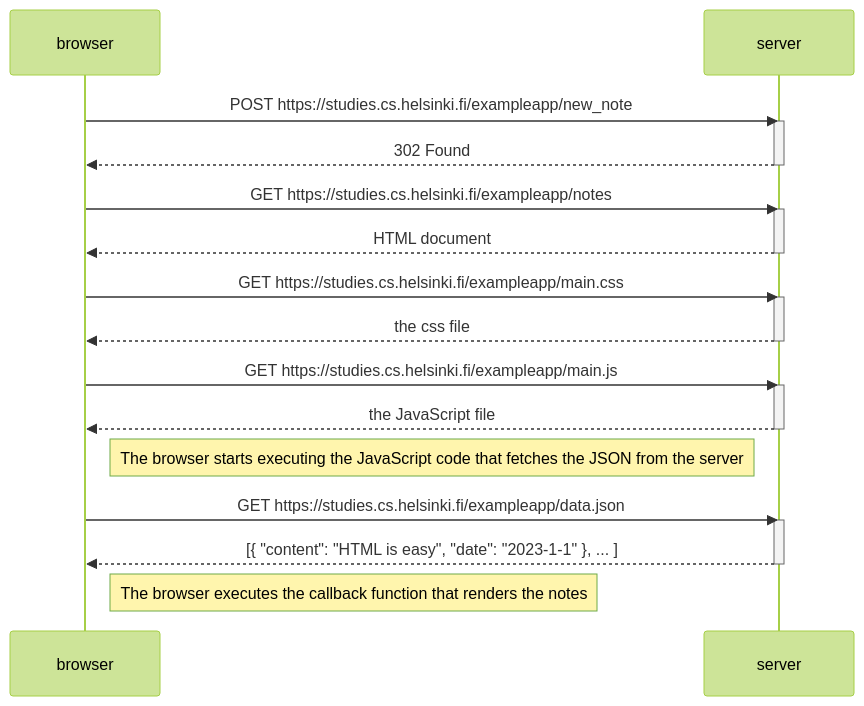
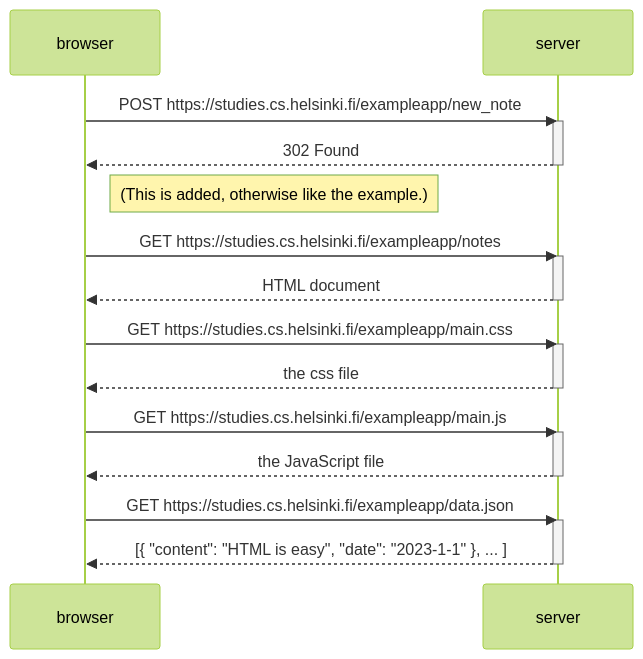
One commit to lsantakivi/FullstackOpen changed the diagram in Module0/tehtava-0-4.mmd. Above: the diagram before and after it, drawn with Mermaid (forest theme).

Commit message:
Päivitetty tehtävä 0.4

```diff
--- a/Module0/tehtava-0-4.mmd
+++ b/Module0/tehtava-0-4.mmd
@@ -1,33 +1,30 @@
 sequenceDiagram
     participant browser
     participant server
     
     browser->>server: POST https://studies.cs.helsinki.fi/exampleapp/new_note
     activate server
     server-->>browser: 302 Found
     deactivate server
     
+    Note right of browser: (This is added, otherwise like the example.) 
 
     browser->>server: GET https://studies.cs.helsinki.fi/exampleapp/notes
     activate server
     server-->>browser: HTML document
     deactivate server
     
     browser->>server: GET https://studies.cs.helsinki.fi/exampleapp/main.css
     activate server
     server-->>browser: the css file
     deactivate server
     
     browser->>server: GET https://studies.cs.helsinki.fi/exampleapp/main.js
     activate server
     server-->>browser: the JavaScript file
     deactivate server
     
-    Note right of browser: The browser starts executing the JavaScript code that fetches the JSON from the server
-    
     browser->>server: GET https://studies.cs.helsinki.fi/exampleapp/data.json
     activate server
     server-->>browser: [{ "content": "HTML is easy", "date": "2023-1-1" }, ... ]
     deactivate server    
-
-    Note right of browser: The browser executes the callback function that renders the notes 
```
